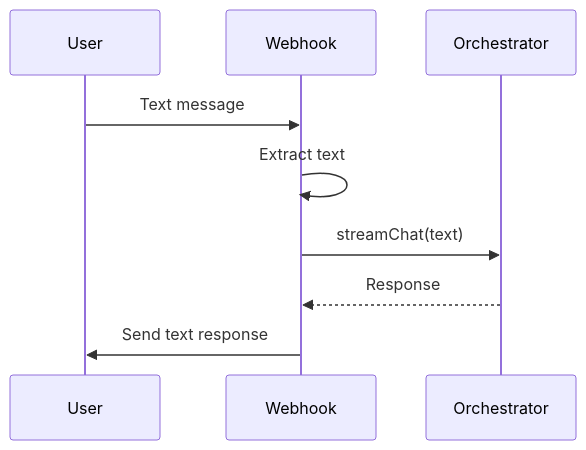
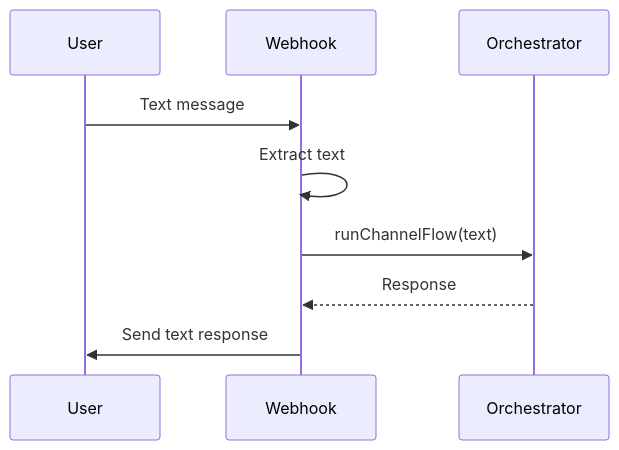
One commit to KovD3v/anthon-2.0 changed the third of 9 diagrams in docs/telegram-webhook.md. Above: the diagram before and after it, drawn with Mermaid. The commit also changed other lines of this file and 45 other files, not shown here.

````diff
--- a/docs/telegram-webhook.md
+++ b/docs/telegram-webhook.md
@@ -82,12 +82,12 @@
 ```mermaid
 sequenceDiagram
     participant U as User
     participant WH as Webhook
     participant AI as Orchestrator
 
     U->>WH: Text message
     WH->>WH: Extract text
-    WH->>AI: streamChat(text)
+    WH->>AI: runChannelFlow(text)
     AI-->>WH: Response
     WH->>U: Send text response
 ```
````
